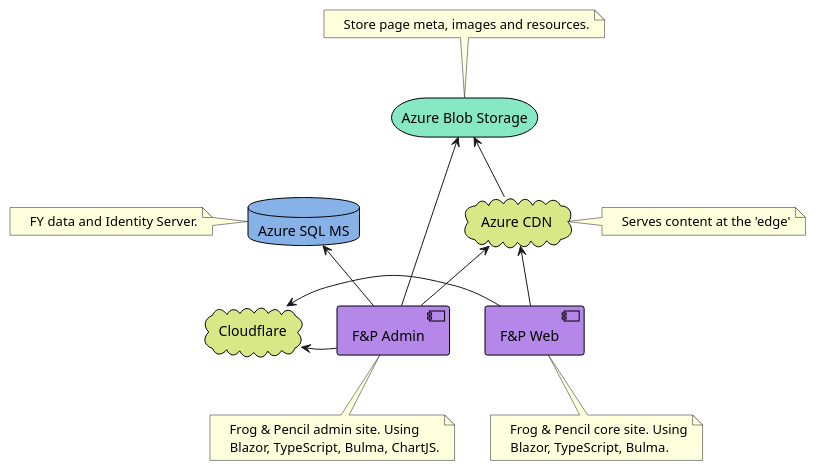
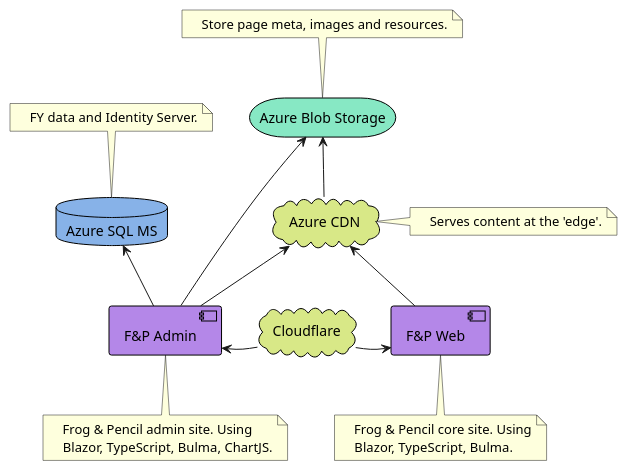
Before and after one commit to bearandhammer/knowledge-vault: the second of 2 diagrams in obsidian-vault/🐸 Frog & Pencil/Architecture Diagram.md, drawn with PlantUML.

Commit message:
Lews PC vault backup: 06/04/2022 22:28:01
Affected files:
obsidian-vault/🐸 Frog & Pencil/Architecture Diagram.md

````diff
--- a/obsidian-vault/🐸 Frog & Pencil/Architecture Diagram.md
+++ b/obsidian-vault/🐸 Frog & Pencil/Architecture Diagram.md
@@ -33,76 +33,75 @@
 ```plantuml
 <style>
 component {
 	BackgroundColor #b487e8
 	LineThickness 1
 	LineColor black
 }
 cloud {
 	BackgroundColor #d8e887
 	LineThickness 1
 	LineColor black
 }
 database {
 	BackgroundColor #87b2e8
 	LineThickness 1
 	LineColor black
 }
 storage {
 	BackgroundColor #87e8c4
 	LineThickness 1
 	LineColor black
 }
 </style>
 
 storage "Azure Blob Storage" as ABS {
 }
 
 database "Azure SQL MS" as ASMS {
 }
 
 component "F&P Web" as FPW {
 }
 
 cloud "Cloudflare" as CF {
-
 }
 
 component "F&P Admin" as FPA {
 }
 
 cloud "Azure CDN" as ACDN {
 }
 
 note top of ABS  
     Store page meta, images and resources.
 end note
 
 note bottom of FPW  
     Frog & Pencil core site. Using
     Blazor, TypeScript, Bulma. 
 end note
 
 note bottom of FPA
     Frog & Pencil admin site. Using
     Blazor, TypeScript, Bulma, ChartJS.
 end note
 
-note left of ASMS
+note top of ASMS
     FY data and Identity Server.
 end note
 
 note right of ACDN
-    Serves content at the 'edge'
+    Serves content at the 'edge'.
 end note
 
 ABS <-- ACDN
 ABS <-- FPA
 ACDN <-- FPW
 ACDN <-- FPA
 ASMS <-- FPA
-FPA --> CF
-CF <-- FPW
+FPA <-- CF
+CF --> FPW
 
-FPA -[hidden]l> CF
-FPW -[hidden]l> CF
+FPA -[hidden]> CF
+FPW -[hidden]> CF
 ```
````
